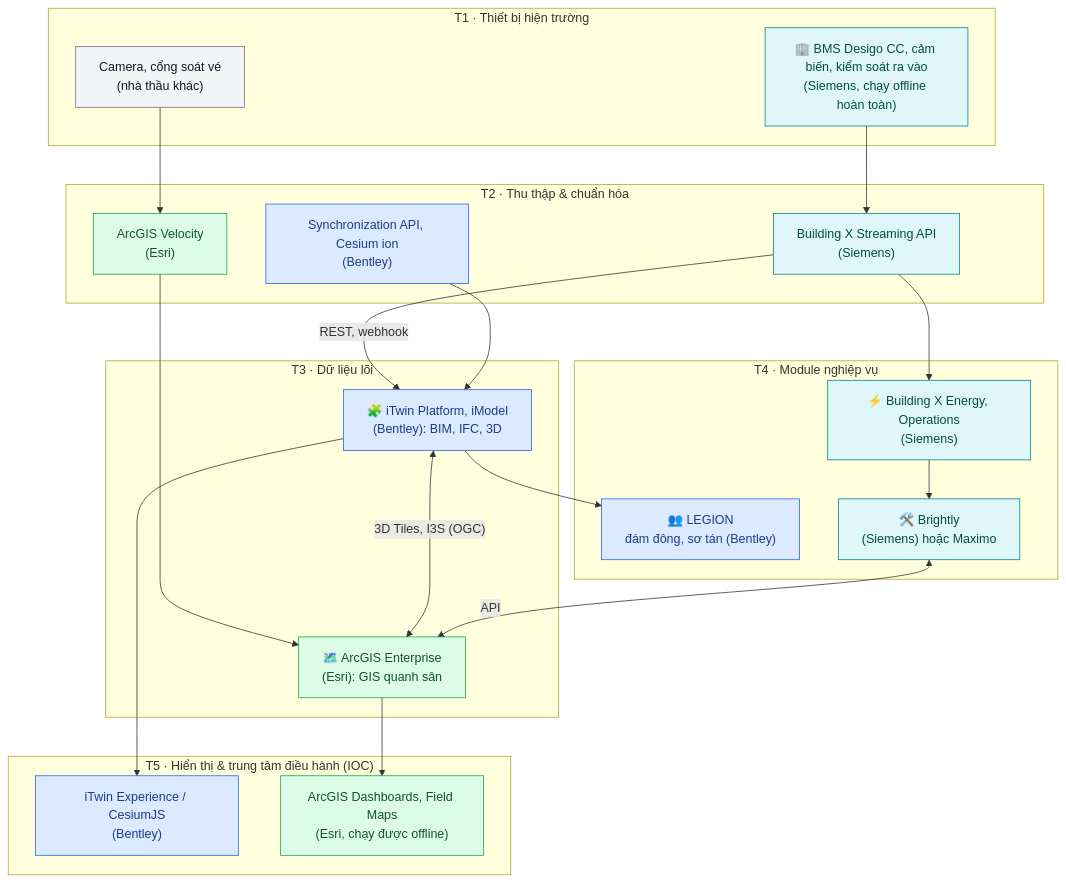
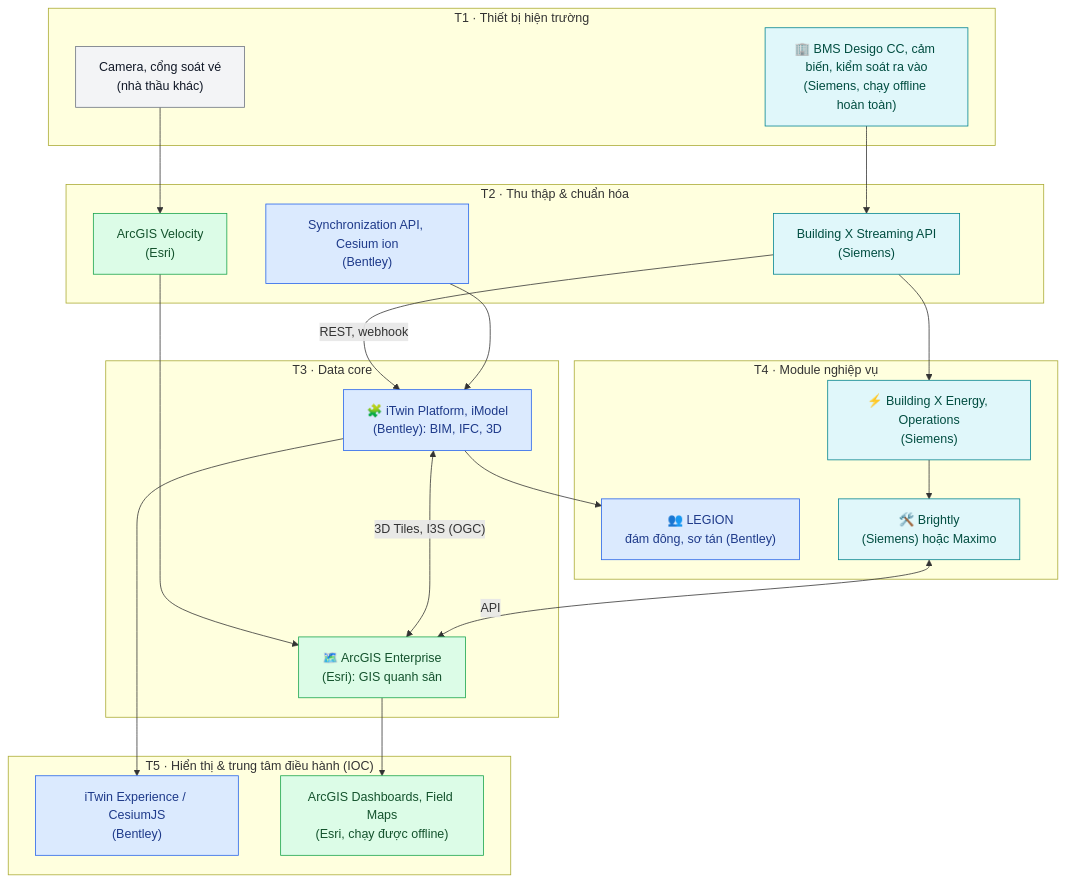
The tenth of 11 diagrams in bao-cao-benchmark-tong-hop-5-he-sinh-thai.md (hoangtrunghieu0025-lab/internship_report), drawn with Mermaid before and after one commit. The commit also changed other lines of this file, not shown here.

Commit message:
Use 'core' instead of 'lõi' in benchmark report

````diff
--- a/bao-cao-benchmark-tong-hop-5-he-sinh-thai.md
+++ b/bao-cao-benchmark-tong-hop-5-he-sinh-thai.md
@@ -406,45 +406,45 @@
 ```mermaid
 flowchart TB
     subgraph L5["T5 · Hiển thị & trung tâm điều hành (IOC)"]
         V1["iTwin Experience / CesiumJS<br/>(Bentley)"]
         V2["ArcGIS Dashboards, Field Maps<br/>(Esri, chạy được offline)"]
     end
     subgraph L4["T4 · Module nghiệp vụ"]
         M1["👥 LEGION<br/>đám đông, sơ tán (Bentley)"]
         M2["⚡ Building X Energy, Operations<br/>(Siemens)"]
         M3["🛠️ Brightly<br/>(Siemens) hoặc Maximo"]
     end
-    subgraph L3["T3 · Dữ liệu lõi"]
+    subgraph L3["T3 · Data core"]
         D1["🧩 iTwin Platform, iModel<br/>(Bentley): BIM, IFC, 3D"]
         D2["🗺️ ArcGIS Enterprise<br/>(Esri): GIS quanh sân"]
     end
     subgraph L2["T2 · Thu thập & chuẩn hóa"]
         I1["Synchronization API, Cesium ion<br/>(Bentley)"]
         I2["ArcGIS Velocity<br/>(Esri)"]
         I3["Building X Streaming API<br/>(Siemens)"]
     end
     subgraph L1["T1 · Thiết bị hiện trường"]
         F1["🏢 BMS Desigo CC, cảm biến, kiểm soát ra vào<br/>(Siemens, chạy offline hoàn toàn)"]
         F2["Camera, cổng soát vé<br/>(nhà thầu khác)"]
     end
     F1 --> I3
     F2 --> I2
     I3 -- "REST, webhook" --> D1
     I3 --> M2
     I2 --> D2
     I1 --> D1
     D1 <-->|"3D Tiles, I3S (OGC)"| D2
     D1 --> M1
     M2 --> M3
     D1 --> V1
     D2 --> V2
     M3 <-->|"API"| D2
     classDef sie fill:#e0f7fa,stroke:#00838f,color:#004d40
     classDef ben fill:#dbeafe,stroke:#2563eb,color:#1e3a8a
     classDef esr fill:#dcfce7,stroke:#16a34a,color:#14532d
     classDef oth fill:#f3f4f6,stroke:#6b7280,color:#111827
     class F1,I3,M2,M3 sie
     class I1,D1,M1,V1 ben
     class I2,D2,V2 esr
     class F2 oth
 ```
````
